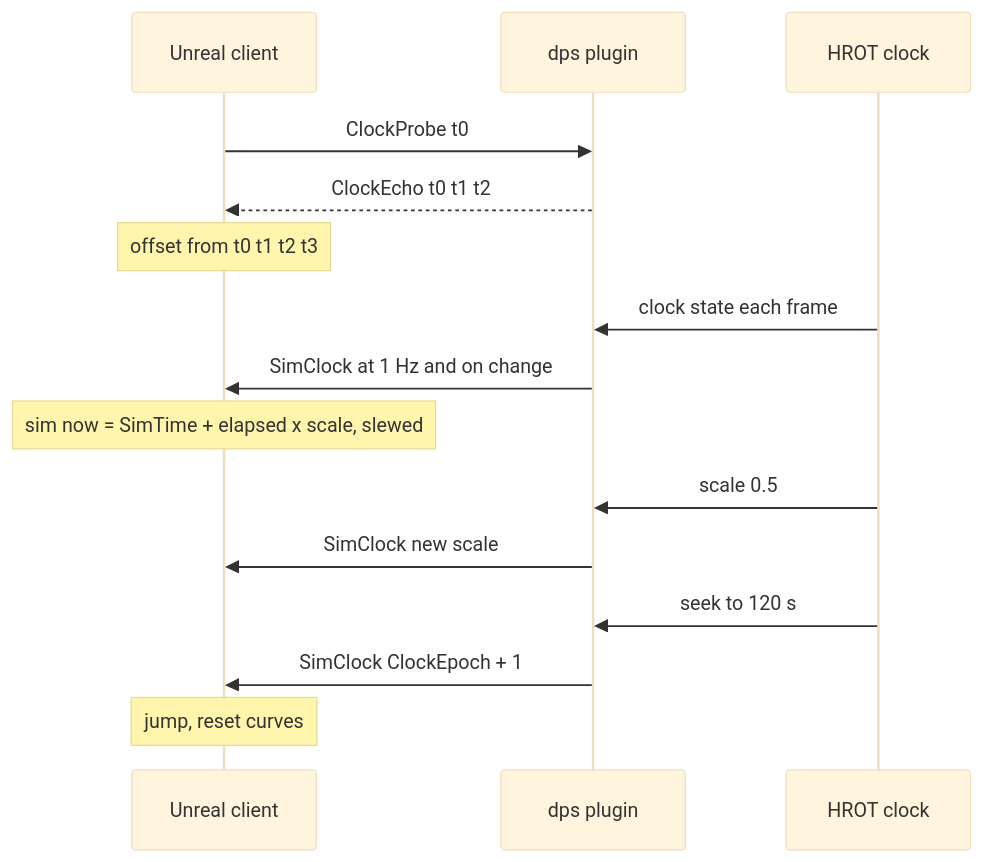
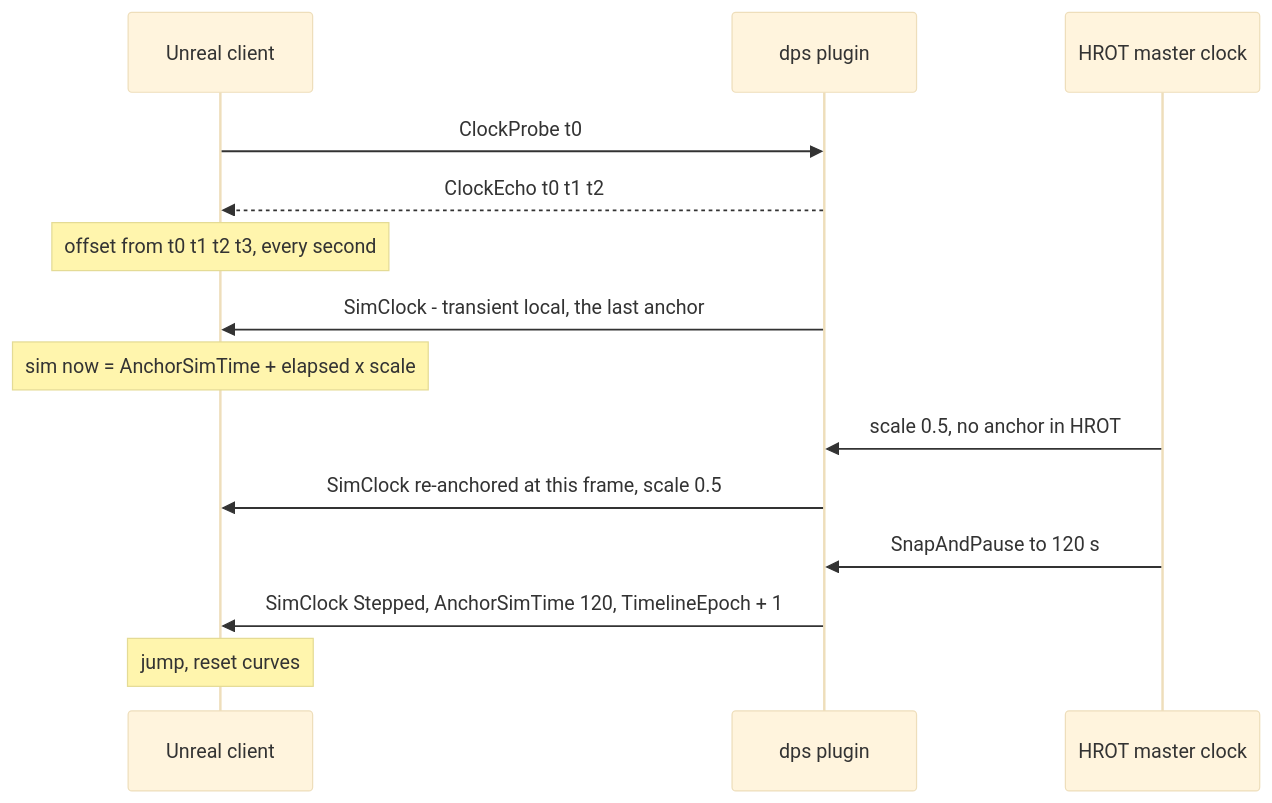
The third of 6 diagrams in docs/design/DD-022-Dps-Director-Rendering.md (pjanec/SimNetGateway), drawn with Mermaid (base theme) before and after one commit. The commit also changed other lines of this file and 3 other files, not shown here.

First line of the commit message:
T-039: DD-022 rev 3 - HROT's time sync measured (anchors, no pulse), the soundtrack built on sim time, the Unreal session's findings

````diff
--- a/docs/design/DD-022-Dps-Director-Rendering.md
+++ b/docs/design/DD-022-Dps-Director-Rendering.md
@@ -313,17 +349,16 @@
 ```mermaid
 sequenceDiagram
     participant U as Unreal client
     participant G as dps plugin
-    participant H as HROT clock
+    participant H as HROT master clock
     U->>G: ClockProbe t0
     G-->>U: ClockEcho t0 t1 t2
-    Note over U: offset from t0 t1 t2 t3
-    H->>G: clock state each frame
-    G->>U: SimClock at 1 Hz and on change
-    Note over U: sim now = SimTime + elapsed x scale, slewed
-    H->>G: scale 0.5
-    G->>U: SimClock new scale
-    H->>G: seek to 120 s
-    G->>U: SimClock ClockEpoch + 1
+    Note over U: offset from t0 t1 t2 t3, every second
+    G->>U: SimClock - transient local, the last anchor
+    Note over U: sim now = AnchorSimTime + elapsed x scale
+    H->>G: scale 0.5, no anchor in HROT
+    G->>U: SimClock re-anchored at this frame, scale 0.5
+    H->>G: SnapAndPause to 120 s
+    G->>U: SimClock Stepped, AnchorSimTime 120, TimelineEpoch + 1
     Note over U: jump, reset curves
 ```
````
